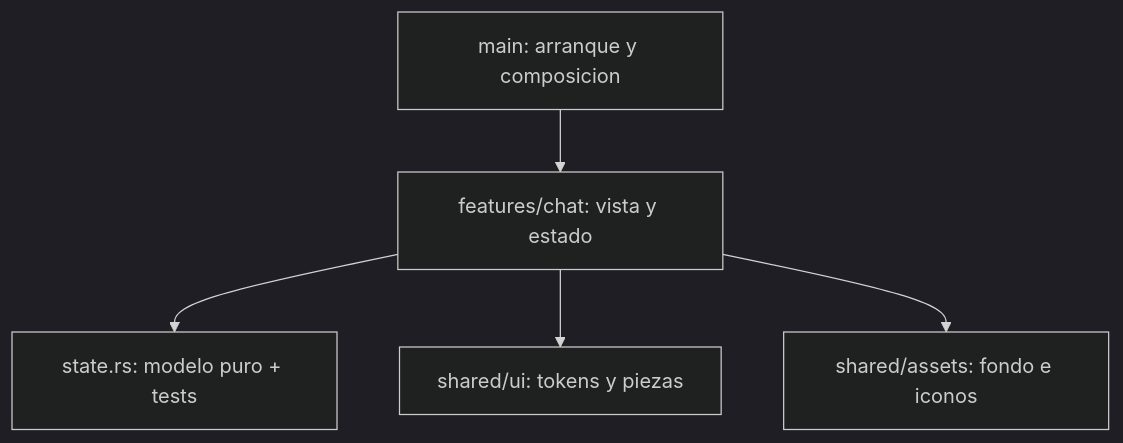
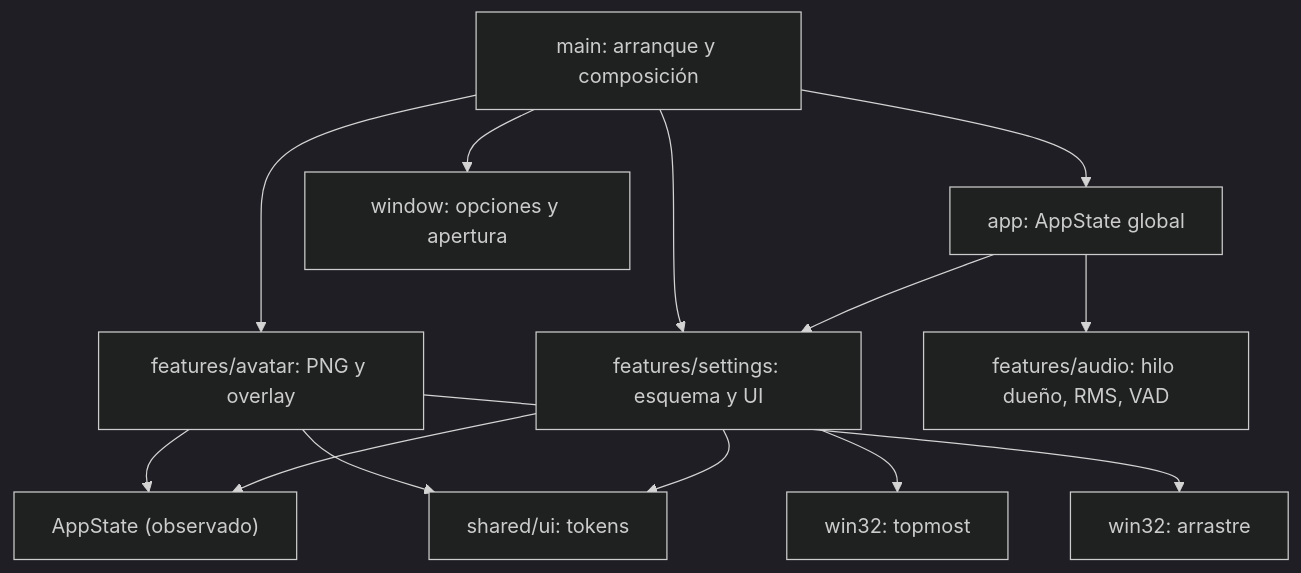
One commit to roldyoran/gpui-hola-mundo changed the first of 2 diagrams in docs/architecture.md. Above: the diagram before and after it, drawn with Mermaid (dark theme). The commit also changed other lines of this file and 41 other files, not shown here.

First line of the commit message:
feat: pngtuber lite con overlay transparente y VAD por RMS

````diff
--- a/docs/architecture.md
+++ b/docs/architecture.md
@@ -9,7 +9,16 @@
 ```mermaid
 flowchart TD
-    Main["main: arranque y composicion"] --> Chat["features/chat: vista y estado"]
-    Chat --> State["state.rs: modelo puro + tests"]
-    Chat --> SharedUI["shared/ui: tokens y piezas"]
-    Chat --> Assets["shared/assets: fondo e iconos"]
+    Main["main: arranque y composición"] --> App["app: AppState global"]
+    Main --> Window["window: opciones y apertura"]
+    Main --> Avatar["features/avatar: PNG y overlay"]
+    Main --> Settings["features/settings: esquema y UI"]
+
+    App --> Audio["features/audio: hilo dueño, RMS, VAD"]
+    App --> Settings
+    Avatar --> State["AppState (observado)"]
+    Settings --> State
+    Avatar --> UI["shared/ui: tokens"]
+    Settings --> UI
+    Settings --> Native["win32: topmost"]
+    Avatar --> Native2["win32: arrastre"]
 ```
````
